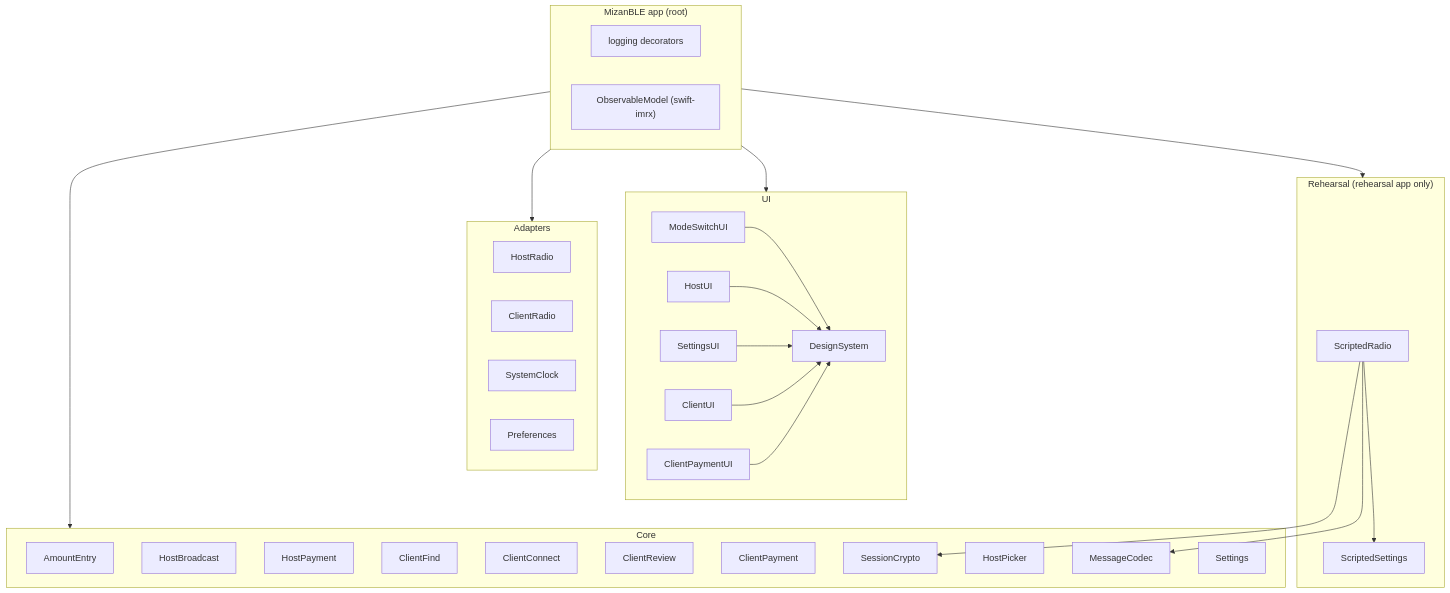
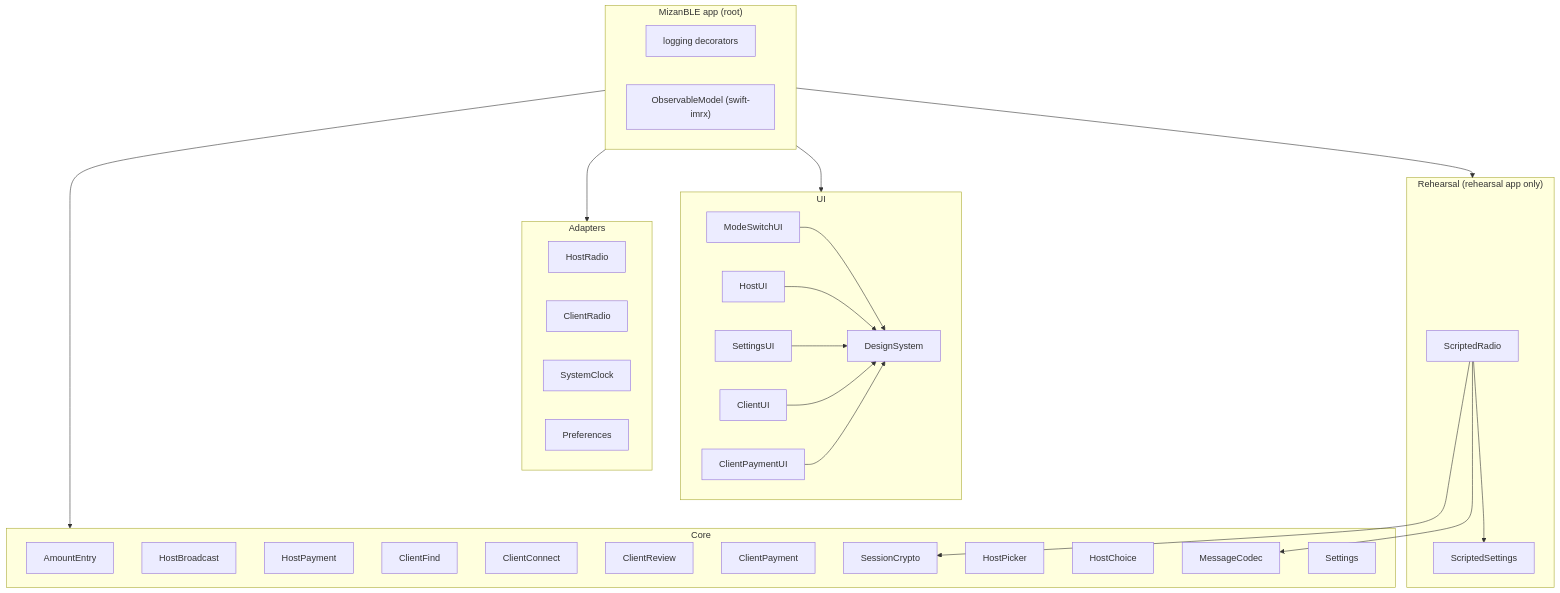
Before and after one commit to igor1309/ai-labs: the diagram in mizan-ble/ARCHITECTURE.md, drawn with Mermaid. The commit also changed other lines of this file and 10 other files, not shown here.

First line of the commit message:
Split host choice from the host picker and add the hold (LAB-764 specs)

````diff
--- a/mizan-ble/ARCHITECTURE.md
+++ b/mizan-ble/ARCHITECTURE.md
@@ -120,42 +121,43 @@
 ```mermaid
 flowchart TB
   subgraph Root["MizanBLE app (root)"]
     Log[logging decorators]
     Model["ObservableModel (swift-imrx)"]
   end
   subgraph UI
     ModeSwitchUI --> DesignSystem
     HostUI --> DesignSystem
     SettingsUI --> DesignSystem
     ClientUI --> DesignSystem
     ClientPaymentUI --> DesignSystem
   end
   subgraph Core
     AmountEntry
     HostBroadcast
     HostPayment
     ClientFind
     ClientConnect
     ClientReview
     ClientPayment
     SessionCrypto
     HostPicker
+    HostChoice
     MessageCodec
     Settings
   end
   subgraph Adapters
     HostRadio
     ClientRadio
     SystemClock
     Preferences
   end
   subgraph Rehearsal["Rehearsal (rehearsal app only)"]
     ScriptedRadio --> ScriptedSettings
     ScriptedRadio --> SessionCrypto
     ScriptedRadio --> MessageCodec
   end
   Root --> UI
   Root --> Core
   Root --> Adapters
   Root --> Rehearsal
 ```
````
